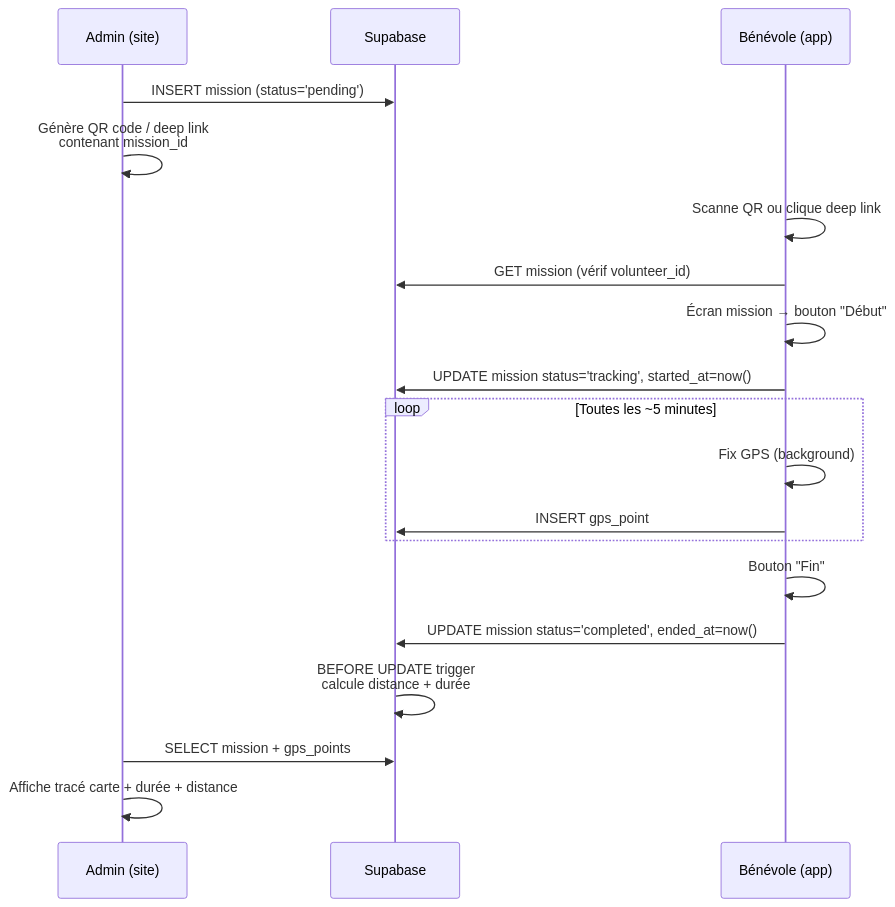
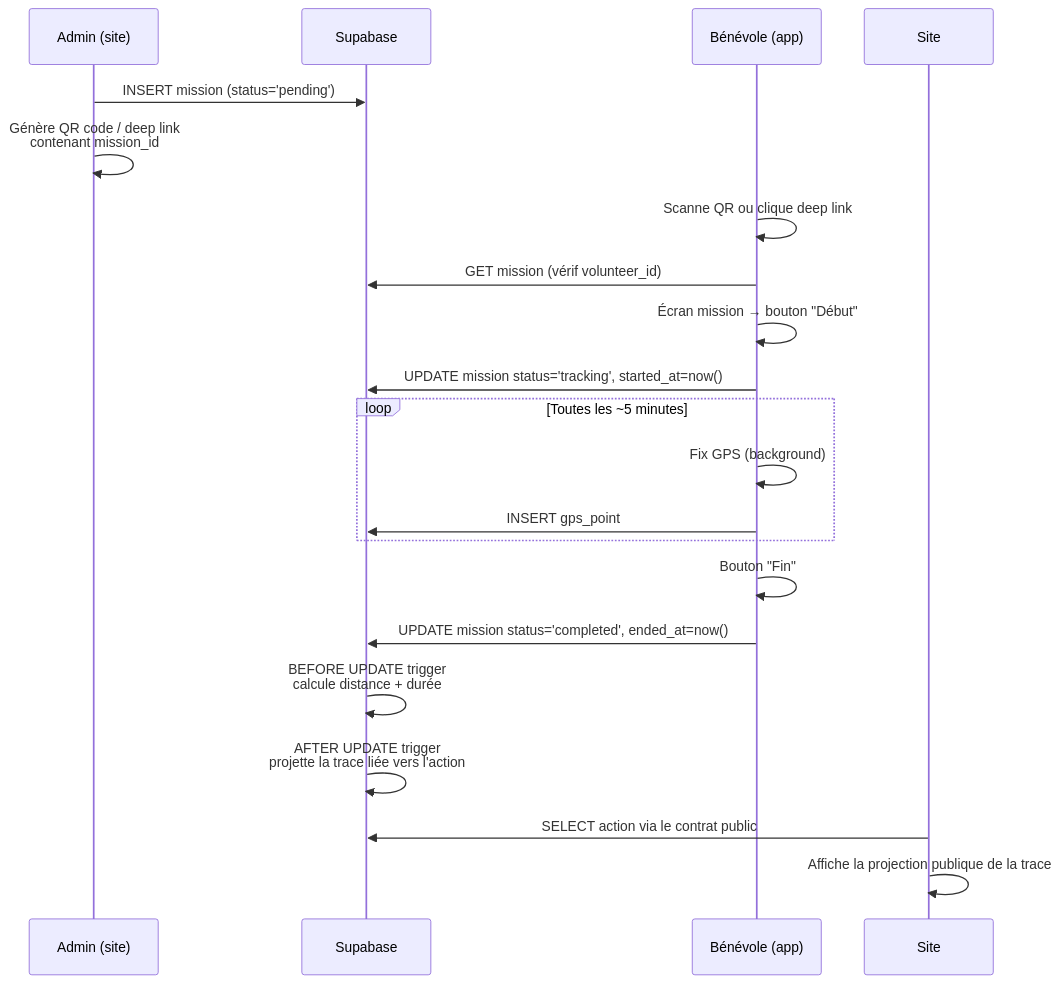
Before and after one commit to maxd4/CleanmyMap: the second of 2 diagrams in apps/mobile/architecture_gps_companion.md, drawn with Mermaid. The commit also changed other lines of this file and 34 other files, not shown here.

Commit message:
Promouvoir le tracking GPS en géométrie d'action

````diff
--- a/apps/mobile/architecture_gps_companion.md
+++ b/apps/mobile/architecture_gps_companion.md
@@ -106,26 +131,27 @@
 ```mermaid
 sequenceDiagram
     participant Admin as Admin (site)
     participant DB as Supabase
     participant Vol as Bénévole (app)
 
     Admin->>DB: INSERT mission (status='pending')
     Admin->>Admin: Génère QR code / deep link<br/>contenant mission_id
 
     Vol->>Vol: Scanne QR ou clique deep link
     Vol->>DB: GET mission (vérif volunteer_id)
     Vol->>Vol: Écran mission → bouton "Début"
 
     Vol->>DB: UPDATE mission status='tracking', started_at=now()
     loop Toutes les ~5 minutes
         Vol->>Vol: Fix GPS (background)
         Vol->>DB: INSERT gps_point
     end
 
     Vol->>Vol: Bouton "Fin"
     Vol->>DB: UPDATE mission status='completed', ended_at=now()
     DB->>DB: BEFORE UPDATE trigger<br/>calcule distance + durée
+    DB->>DB: AFTER UPDATE trigger<br/>projette la trace liée vers l'action
 
-    Admin->>DB: SELECT mission + gps_points
-    Admin->>Admin: Affiche tracé carte + durée + distance
+    Site->>DB: SELECT action via le contrat public
+    Site->>Site: Affiche la projection publique de la trace
 ```
````
